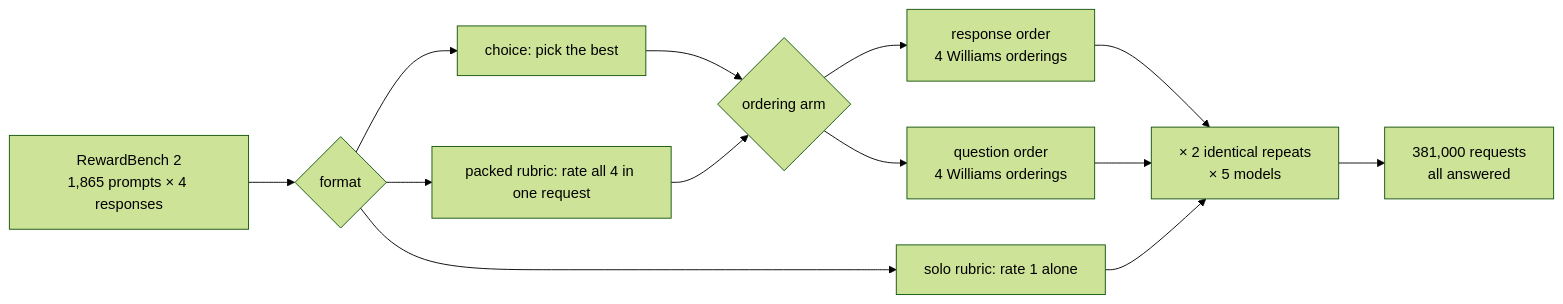
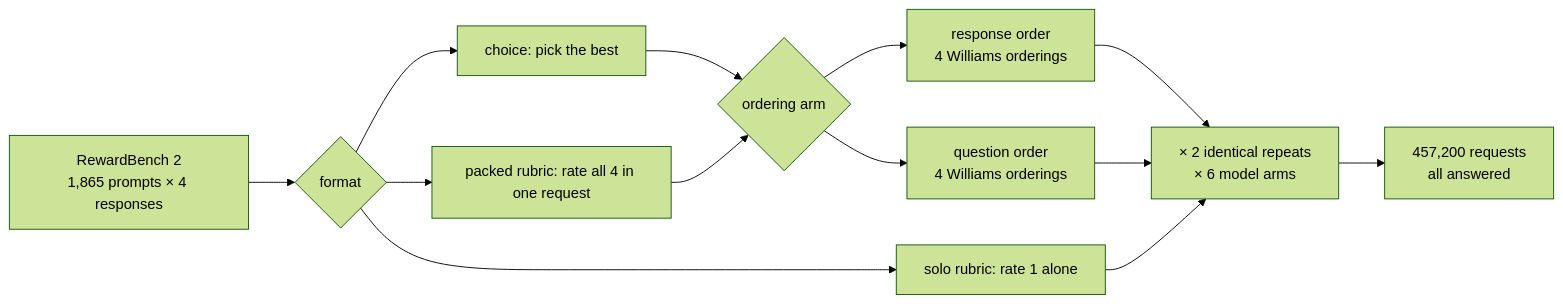
The first of 3 diagrams in results/analysis.md (dorkitude/order-blind-decisions), drawn with Mermaid (forest theme) before and after one commit. The commit also changed other lines of this file and 15 other files, not shown here.

````diff
--- a/results/analysis.md
+++ b/results/analysis.md
@@ -25,15 +25,15 @@
 ```mermaid
 flowchart LR
     RB[RewardBench 2<br/>1,865 prompts × 4 responses] --> F{format}
     F --> C[choice: pick the best]
     F --> P[packed rubric: rate all 4 in one request]
     F --> S[solo rubric: rate 1 alone]
     C --> A{ordering arm}
     P --> A
     A --> H[response order<br/>4 Williams orderings]
     A --> Q[question order<br/>4 Williams orderings]
-    H --> X[× 2 identical repeats<br/>× 5 models]
+    H --> X[× 2 identical repeats<br/>× 6 model arms]
     Q --> X
     S --> X
-    X --> R[381,000 requests<br/>all answered]
+    X --> R[457,200 requests<br/>all answered]
 ```
````
